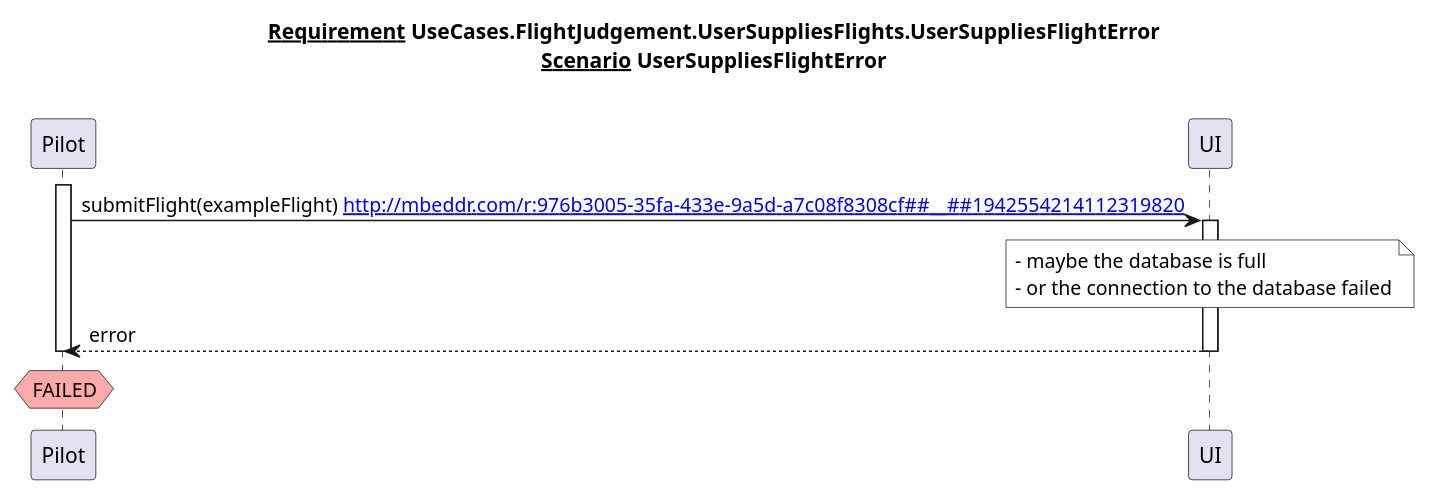
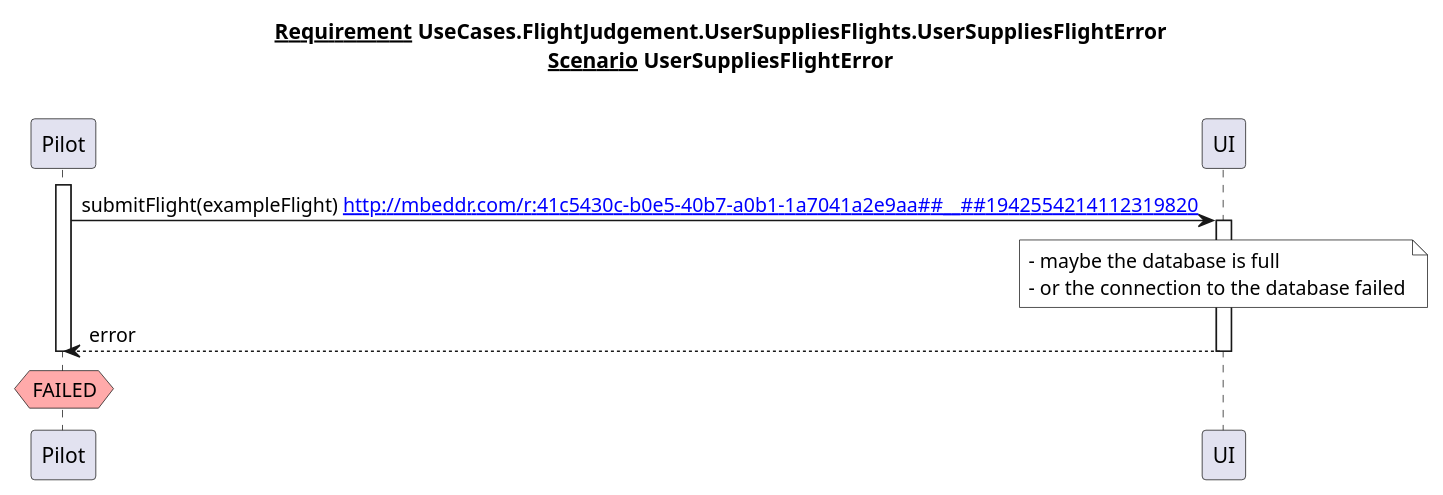
One commit to mbeddr/mbeddr.core changed the diagram in code/applications/tutorial/solutions/mbeddr.tutorial.main/temp/requirementsReportreqInvisble_2FlightJudgementUserSuppliesFlightsUserSuppliesFlightErrorUserSuppliesFlightError_scenario.puml. Above: the diagram before and after it, drawn with PlantUML. The commit also changed 6 other files, not shown here.

```diff
--- a/code/applications/tutorial/solutions/mbeddr.tutorial.main/temp/requirementsReportreqInvisble_2FlightJudgementUserSuppliesFlightsUserSuppliesFlightErrorUserSuppliesFlightError_scenario.puml
+++ b/code/applications/tutorial/solutions/mbeddr.tutorial.main/temp/requirementsReportreqInvisble_2FlightJudgementUserSuppliesFlightsUserSuppliesFlightErrorUserSuppliesFlightError_scenario.puml
@@ -1,22 +1,22 @@
 @startuml
 title
 <u>Requirement</u> UseCases.FlightJudgement.UserSuppliesFlights.UserSuppliesFlightError
 <u>Scenario</u> UserSuppliesFlightError
 
 end title
 participant Pilot
-url of Pilot is [[http://mbeddr.com/r:976b3005-35fa-433e-9a5d-a7c08f8308cf##__##6898387700925062299]]
+url of Pilot is [[http://mbeddr.com/r:41c5430c-b0e5-40b7-a0b1-1a7041a2e9aa##__##6898387700925062299]]
 participant UI
-url of UI is [[http://mbeddr.com/r:976b3005-35fa-433e-9a5d-a7c08f8308cf##__##6898387700925260474]]
+url of UI is [[http://mbeddr.com/r:41c5430c-b0e5-40b7-a0b1-1a7041a2e9aa##__##6898387700925260474]]
 activate Pilot
-Pilot -> UI : submitFlight(exampleFlight) [[http://mbeddr.com/r:976b3005-35fa-433e-9a5d-a7c08f8308cf##__##1942554214112319820]]
+Pilot -> UI : submitFlight(exampleFlight) [[http://mbeddr.com/r:41c5430c-b0e5-40b7-a0b1-1a7041a2e9aa##__##1942554214112319820]]
 activate UI
 note over UI #FFFFFF
   - maybe the database is full
   - or the connection to the database failed
 end note
 Pilot <-- UI:error
 deactivate UI
 hnote over Pilot #FFAAAA: FAILED
 deactivate Pilot
 @enduml
```
